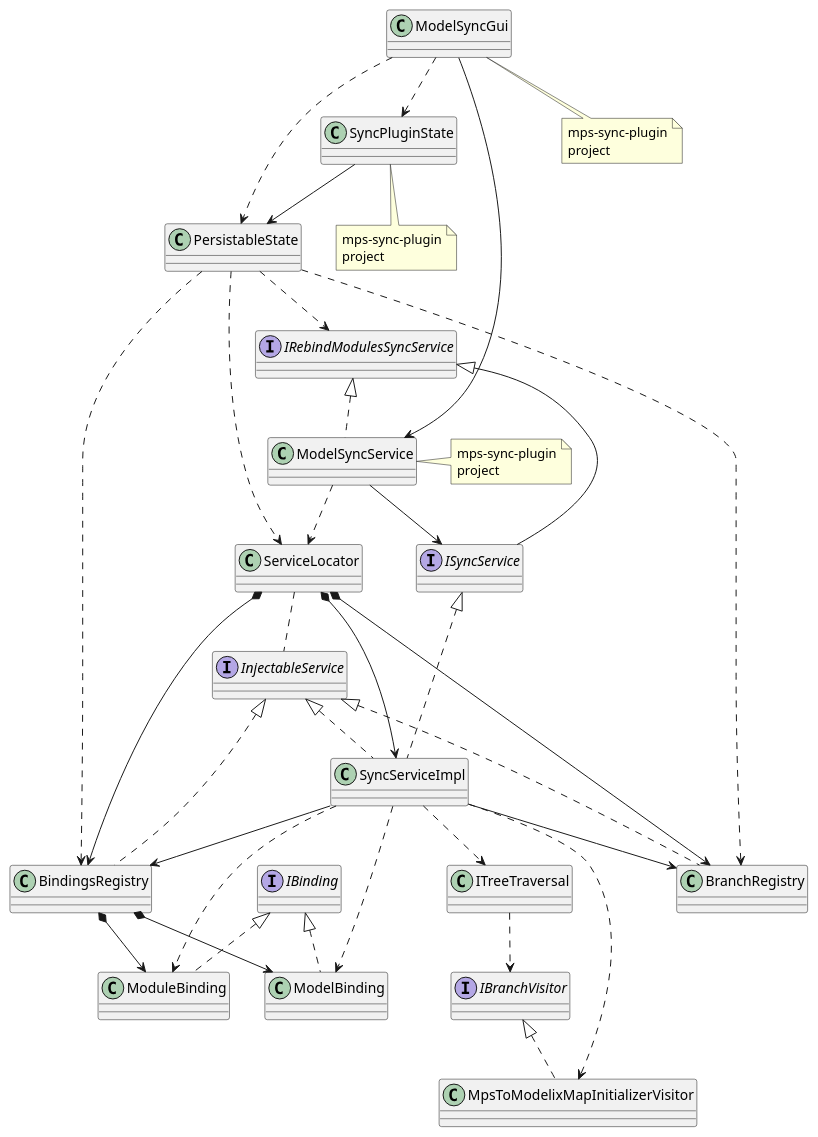
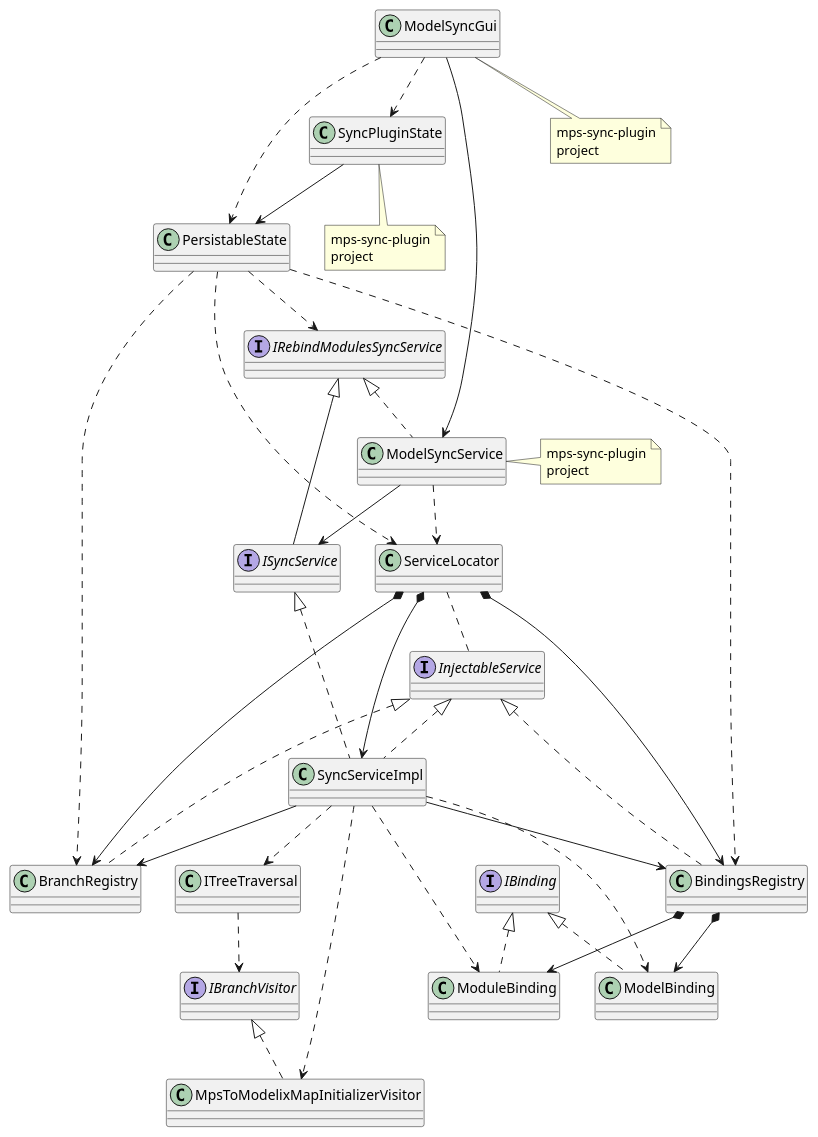
Before and after one commit to modelix/modelix.mps-plugins: the diagram in docs/mps-sync-plugin/diagrams/Plugin-State-Persistence-and-Restore/Plugin-State-Persistence-and-Restore.md, drawn with PlantUML. The commit also changed 3 other files, not shown here.

Commit message:
docs(mps-sync-plugin): Add 'Binding Activation' figure

```diff
--- a/docs/mps-sync-plugin/diagrams/Plugin-State-Persistence-and-Restore/Plugin-State-Persistence-and-Restore.md
+++ b/docs/mps-sync-plugin/diagrams/Plugin-State-Persistence-and-Restore/Plugin-State-Persistence-and-Restore.md
@@ -8,76 +10,75 @@
 @startuml
 'Entities'
 class "ModelSyncGui" as modelSyncGui
 class "ModelSyncService" as modelSyncService
 class "SyncPluginState" as syncPluginState
 
 class "PersistableState" as persistableState
 
 interface "IRebindModulesSyncService" as iRebindModulesSyncService
 
 interface "ISyncService" as iSyncService
 class "SyncServiceImpl" as syncServiceImpl
 
+interface "InjectableService" as injectableService
 class "ServiceLocator" as serviceLocator
 class "BindingsRegistry" as bindingsRegistry
 class "BranchRegistry" as branchRegistry
 
 class "ITreeTraversal" as iTreeTraversal
 interface "IBranchVisitor" as iBranchVisitor
 class "MpsToModelixMapInitializerVisitor" as mpsToModelixMapInitializerVisitor
 
 interface "IBinding" as iBinding
 class "ModelBinding" as modelBinding
 class "ModuleBinding" as moduleBinding
-
-interface "InjectableService" as injectableService
 
 'Relations'
 modelSyncGui --> modelSyncService
 modelSyncGui ..> syncPluginState
 modelSyncGui ..> persistableState
 
 syncPluginState --> persistableState
 
 iRebindModulesSyncService <|-- iSyncService
 iRebindModulesSyncService <|.. modelSyncService
 modelSyncService ..> serviceLocator
 modelSyncService --> iSyncService
 
 serviceLocator *--> syncServiceImpl
 serviceLocator *--> bindingsRegistry
 serviceLocator *--> branchRegistry
 serviceLocator .. injectableService
 
 iSyncService <|.. syncServiceImpl
 syncServiceImpl --> branchRegistry
 syncServiceImpl --> bindingsRegistry
 syncServiceImpl ..> iTreeTraversal
 syncServiceImpl ..> mpsToModelixMapInitializerVisitor
 syncServiceImpl ..> modelBinding
 syncServiceImpl ..> moduleBinding
 
 injectableService <|.. syncServiceImpl
 injectableService <|.. bindingsRegistry
 injectableService <|.. branchRegistry
 
 persistableState ..> iRebindModulesSyncService
 persistableState ..> serviceLocator
 persistableState ..> branchRegistry
 persistableState ..> bindingsRegistry
 
 iTreeTraversal ..> iBranchVisitor
 iBranchVisitor <|.. mpsToModelixMapInitializerVisitor
 
 iBinding <|.. modelBinding
 iBinding <|.. moduleBinding
 
 bindingsRegistry *--> modelBinding
 bindingsRegistry *--> moduleBinding
 
 'Notes'
 note bottom of modelSyncGui: mps-sync-plugin\nproject
 note bottom of syncPluginState: mps-sync-plugin\nproject
 note right of modelSyncService: mps-sync-plugin\nproject
 
 @enduml
```
